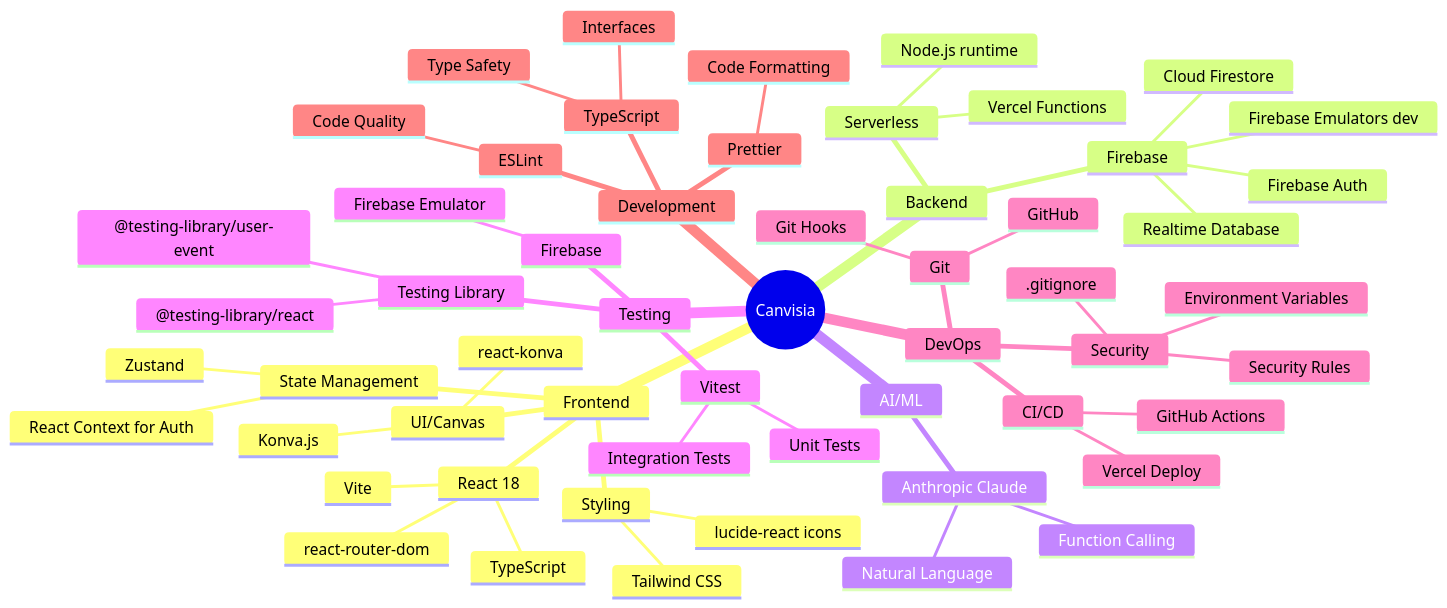
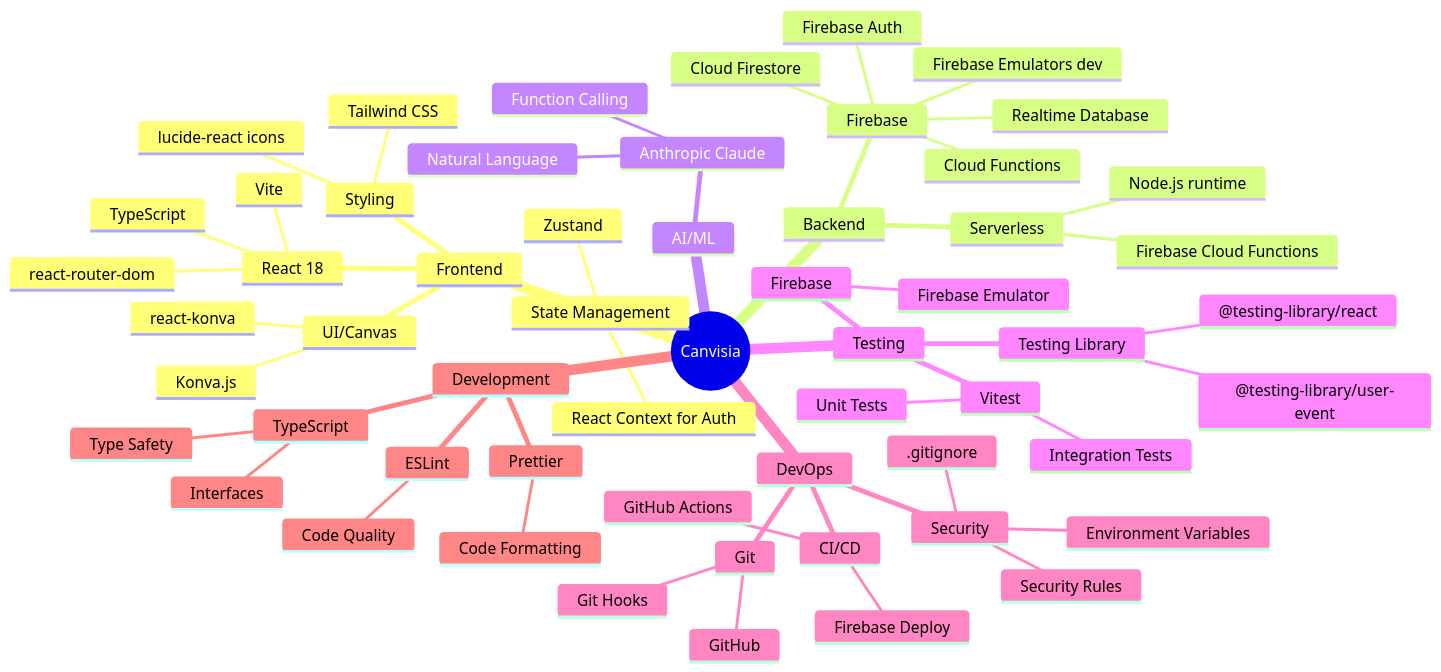
Before and after one commit to reena96/Canvisia: diagram 15 of 15 in ARCHITECTURE_DIAGRAMS.md, drawn with Mermaid. The commit also changed other lines of this file and 2 other files, not shown here.

First line of the commit message:
Complete documentation verification and fix all Vercel references

````diff
--- a/ARCHITECTURE_DIAGRAMS.md
+++ b/ARCHITECTURE_DIAGRAMS.md
@@ -714,59 +714,60 @@
 ```mermaid
 mindmap
   root((Canvisia))
     Frontend
       React 18
         TypeScript
         Vite
         react-router-dom
       UI/Canvas
         Konva.js
         react-konva
       Styling
         Tailwind CSS
         lucide-react icons
       State Management
         Zustand
         React Context for Auth
     Backend
       Firebase
         Cloud Firestore
         Realtime Database
         Firebase Auth
         Firebase Emulators dev
+        Cloud Functions
       Serverless
-        Vercel Functions
+        Firebase Cloud Functions
         Node.js runtime
     AI/ML
       Anthropic Claude
         Function Calling
         Natural Language
     Testing
       Vitest
         Unit Tests
         Integration Tests
       Testing Library
         @testing-library/react
         @testing-library/user-event
       Firebase
         Firebase Emulator
     DevOps
       Git
         GitHub
         Git Hooks
       CI/CD
         GitHub Actions
-        Vercel Deploy
+        Firebase Deploy
       Security
         Environment Variables
         .gitignore
         Security Rules
     Development
       TypeScript
         Type Safety
         Interfaces
       ESLint
         Code Quality
       Prettier
         Code Formatting
 ```
````
